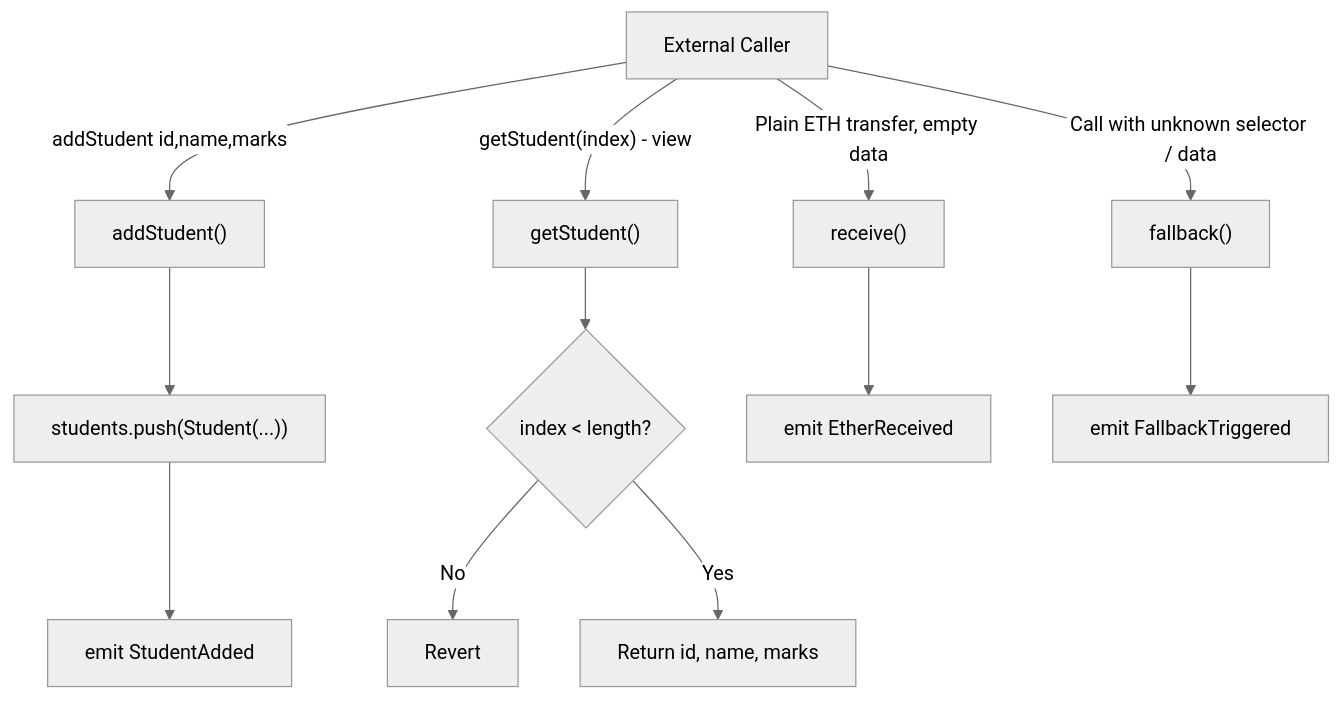
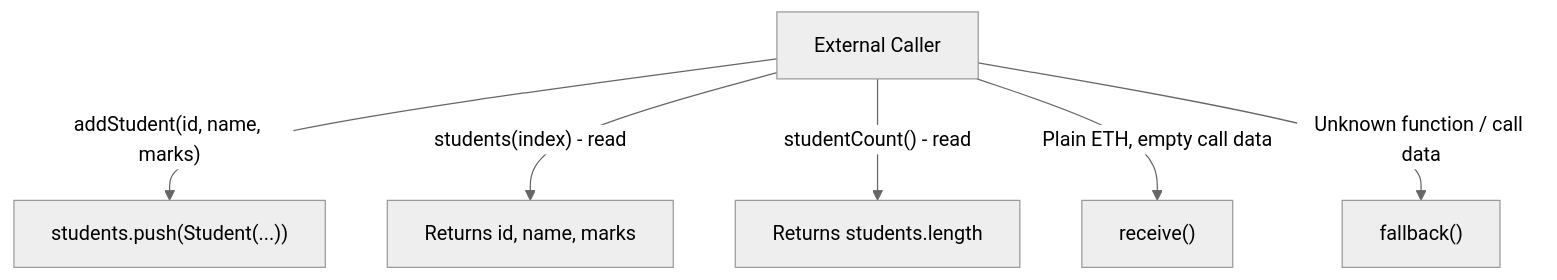
One commit to AdiGo112/Curricular changed the diagram in LP3/BT/4_StudentDataSmartContract.md. Above: the diagram before and after it, drawn with Mermaid (neutral theme). The commit also changed other lines of this file and 4 other files, not shown here.

````diff
--- a/LP3/BT/4_StudentDataSmartContract.md
+++ b/LP3/BT/4_StudentDataSmartContract.md
@@ -80,19 +60,10 @@
 ```mermaid
 flowchart TD
     Caller[External Caller]
 
-    Caller -->|addStudent id,name,marks| Add["addStudent()"]
-    Add --> Push["students.push(Student(...))"]
-    Push --> Emit1["emit StudentAdded"]
-
-    Caller -->|"getStudent(index) - view"| Get["getStudent()"]
-    Get --> Check{index < length?}
-    Check -->|No| Rev[Revert]
-    Check -->|Yes| Return[Return id, name, marks]
-
-    Caller -->|"Plain ETH transfer, empty data"| Recv["receive()"]
-    Recv --> Emit2["emit EtherReceived"]
-
-    Caller -->|"Call with unknown selector / data"| Fall["fallback()"]
-    Fall --> Emit3["emit FallbackTriggered"]
+    Caller -->|"addStudent(id, name, marks)"| Add["students.push(Student(...))"]
+    Caller -->|"students(index) - read"| Get["Returns id, name, marks"]
+    Caller -->|"studentCount() - read"| Count["Returns students.length"]
+    Caller -->|"Plain ETH, empty call data"| Recv["receive()"]
+    Caller -->|"Unknown function / call data"| Fall["fallback()"]
 ```
````
